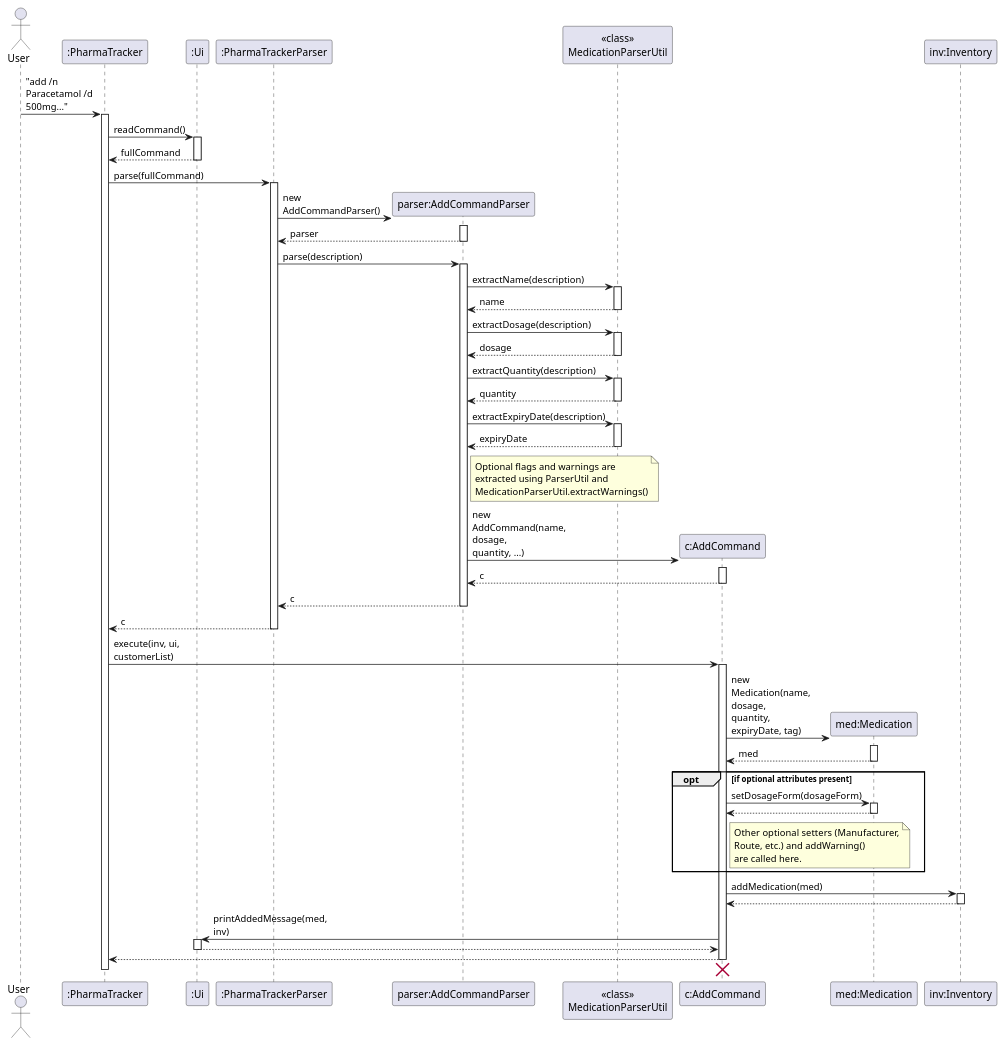
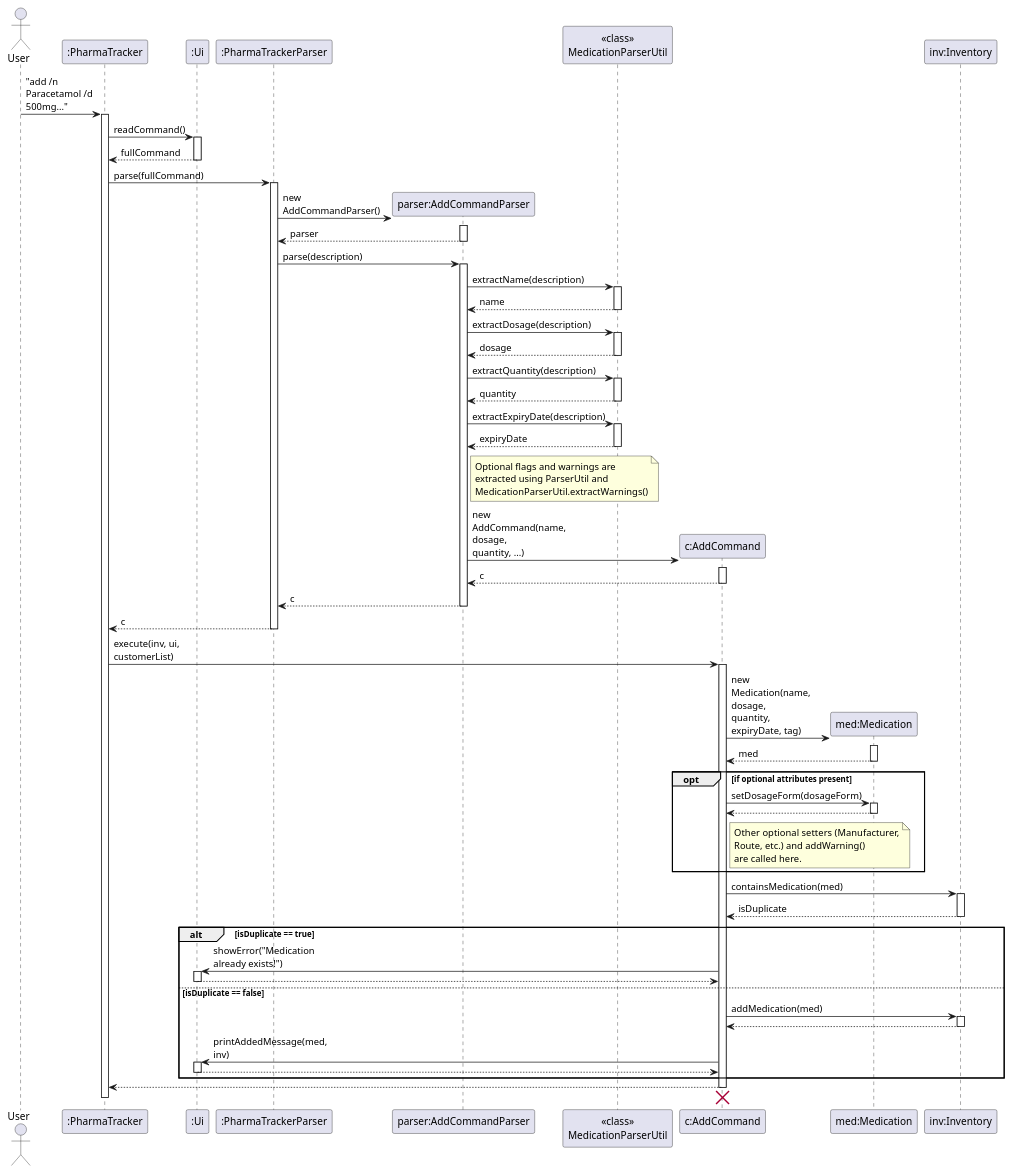
One commit to AY2526S2-CS2113-T10-3/tp changed the diagram in docs/diagrams/AddCommandSequence.puml. Above: the diagram before and after it, drawn with PlantUML. The commit also changed 6 other files, not shown here.

```diff
--- a/docs/diagrams/AddCommandSequence.puml
+++ b/docs/diagrams/AddCommandSequence.puml
@@ -1,111 +1,125 @@
 @startuml
 skinparam ArrowFontStyle plain
 skinparam maxMessageSize 100
 
 actor User
 participant ":PharmaTracker" as PharmaTracker
 participant ":Ui" as Ui
 participant ":PharmaTrackerParser" as PTP
 participant "parser:AddCommandParser" as AddParser
 participant "<<class>>\nMedicationParserUtil" as MedParserUtil
 participant "c:AddCommand" as AddCommand
 participant "med:Medication" as Medication
 participant "inv:Inventory" as Inventory
 
 User -> PharmaTracker : "add /n Paracetamol /d 500mg..."
 activate PharmaTracker
 
 PharmaTracker -> Ui : readCommand()
 activate Ui
 Ui --> PharmaTracker : fullCommand
 deactivate Ui
 
 PharmaTracker -> PTP : parse(fullCommand)
 activate PTP
 
 create AddParser
 PTP -> AddParser : new AddCommandParser()
 activate AddParser
 AddParser --> PTP : parser
 deactivate AddParser
 
 PTP -> AddParser : parse(description)
 activate AddParser
 
 AddParser -> MedParserUtil : extractName(description)
 activate MedParserUtil
 MedParserUtil --> AddParser : name
 deactivate MedParserUtil
 
 AddParser -> MedParserUtil : extractDosage(description)
 activate MedParserUtil
 MedParserUtil --> AddParser : dosage
 deactivate MedParserUtil
 
 AddParser -> MedParserUtil : extractQuantity(description)
 activate MedParserUtil
 MedParserUtil --> AddParser : quantity
 deactivate MedParserUtil
 
 AddParser -> MedParserUtil : extractExpiryDate(description)
 activate MedParserUtil
 MedParserUtil --> AddParser : expiryDate
 deactivate MedParserUtil
 
 note right of AddParser
   Optional flags and warnings are
   extracted using ParserUtil and
   MedicationParserUtil.extractWarnings()
 end note
 
 create AddCommand
 AddParser -> AddCommand : new AddCommand(name, dosage, quantity, ...)
 activate AddCommand
 AddCommand --> AddParser : c
 deactivate AddCommand
 
 AddParser --> PTP : c
 deactivate AddParser
 
 PTP --> PharmaTracker : c
 deactivate PTP
 
 PharmaTracker -> AddCommand : execute(inv, ui, customerList)
 activate AddCommand
 
 create Medication
 AddCommand -> Medication : new Medication(name, dosage, quantity, expiryDate, tag)
 activate Medication
 Medication --> AddCommand : med
 deactivate Medication
 
 opt if optional attributes present
     AddCommand -> Medication : setDosageForm(dosageForm)
     activate Medication
     Medication --> AddCommand
     deactivate Medication
 
     note right of AddCommand
       Other optional setters (Manufacturer,
       Route, etc.) and addWarning()
       are called here.
     end note
 end
 
-AddCommand -> Inventory : addMedication(med)
+' --- NEW LOGIC: Duplicate Check ---
+AddCommand -> Inventory : containsMedication(med)
 activate Inventory
-Inventory --> AddCommand
+Inventory --> AddCommand : isDuplicate
 deactivate Inventory
 
-AddCommand -> Ui : printAddedMessage(med, inv)
-activate Ui
-Ui --> AddCommand
-deactivate Ui
+alt isDuplicate == true
+    AddCommand -> Ui : showError("Medication already exists!")
+    activate Ui
+    Ui --> AddCommand
+    deactivate Ui
+else isDuplicate == false
+    AddCommand -> Inventory : addMedication(med)
+    activate Inventory
+    Inventory --> AddCommand
+    deactivate Inventory
+
+    AddCommand -> Ui : printAddedMessage(med, inv)
+    activate Ui
+    Ui --> AddCommand
+    deactivate Ui
+end
+' ----------------------------------
 
 AddCommand --> PharmaTracker
 deactivate AddCommand
 AddCommand -[hidden]-> AddParser
 destroy AddCommand
 
 deactivate PharmaTracker
 @enduml
```
